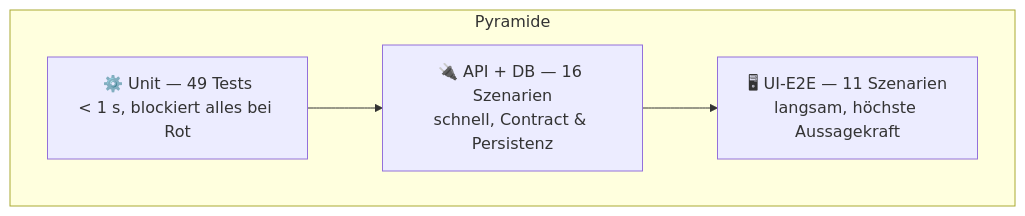
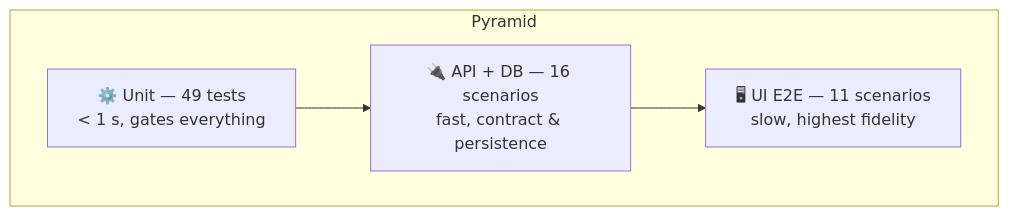
The second of 2 diagrams in README.md (AdrianDeutsch/Qa_Automation), drawn with Mermaid before and after one commit. The commit also changed other lines of this file and 3 other files, not shown here.

````diff
--- a/README.md
+++ b/README.md
@@ -127,9 +144,9 @@
 ```mermaid
 flowchart TB
-  subgraph Pyramide
-    UI["🖥 UI-E2E — 11 Szenarien\nlangsam, höchste Aussagekraft"]
-    API["🔌 API + DB — 16 Szenarien\nschnell, Contract & Persistenz"]
-    UNIT["⚙️ Unit — 49 Tests\n< 1 s, blockiert alles bei Rot"]
+  subgraph Pyramid
+    UI["🖥 UI E2E — 11 scenarios<br/>slow, highest fidelity"]
+    API["🔌 API + DB — 16 scenarios<br/>fast, contract & persistence"]
+    UNIT["⚙️ Unit — 49 tests<br/>< 1 s, gates everything"]
   end
   UNIT --> API --> UI
 ```
````
